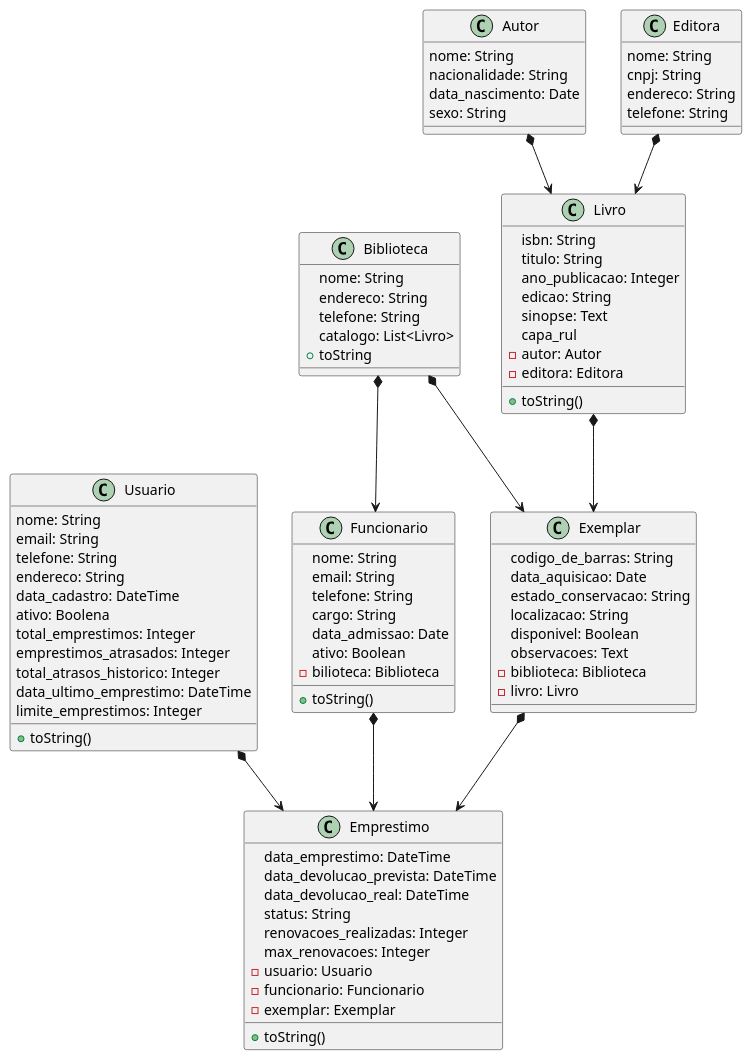
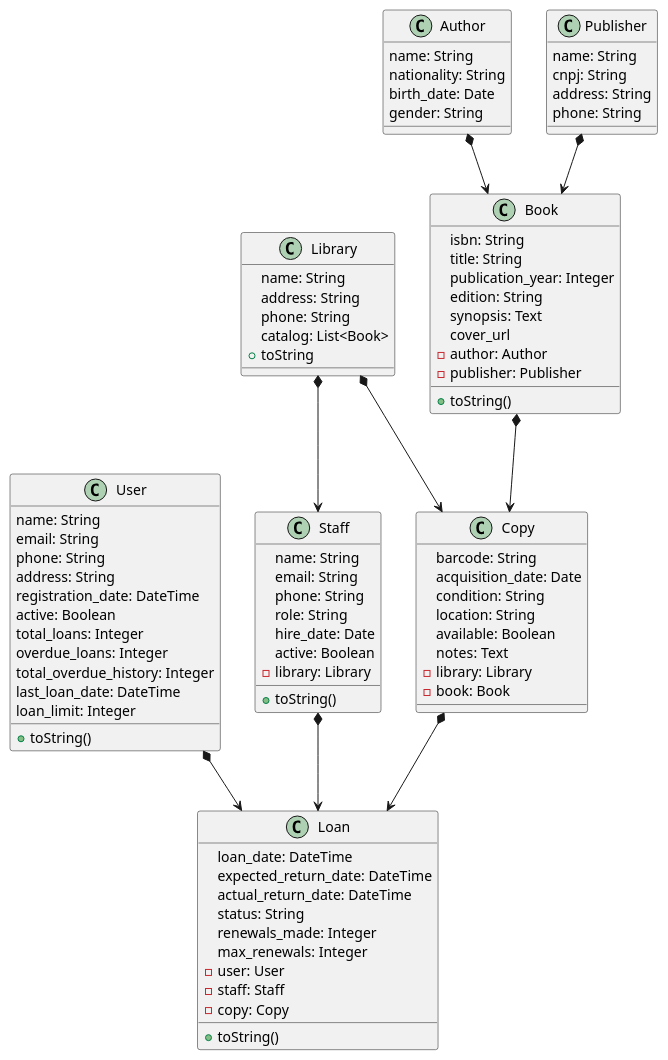
The diagram in README.md (jpgercc/Django-Backend-MTV), drawn with PlantUML before and after one commit.

Commit message:
Update README.md
ADD UML TRANSLATE

````diff
--- a/README.md
+++ b/README.md
@@ -12,93 +12,88 @@
 ```uml
 @startuml
-class Emprestimo {
-data_emprestimo: DateTime
-data_devolucao_prevista: DateTime
-data_devolucao_real: DateTime
+class Loan {
+loan_date: DateTime
+expected_return_date: DateTime
+actual_return_date: DateTime
 status: String
-renovacoes_realizadas: Integer
-max_renovacoes: Integer
--usuario: Usuario
--funcionario: Funcionario
--exemplar: Exemplar
+renewals_made: Integer
+max_renewals: Integer
+-user: User
+-staff: Staff
+-copy: Copy
 +toString()
 }
-class Usuario {
-nome: String
+class User {
+name: String
 email: String
-telefone: String
-endereco: String
-data_cadastro: DateTime
-ativo: Boolena
-total_emprestimos: Integer
-emprestimos_atrasados: Integer
-total_atrasos_historico: Integer
-data_ultimo_emprestimo: DateTime
-limite_emprestimos: Integer
+phone: String
+address: String
+registration_date: DateTime
+active: Boolean
+total_loans: Integer
+overdue_loans: Integer
+total_overdue_history: Integer
+last_loan_date: DateTime
+loan_limit: Integer
 +toString()
 }
-class Funcionario {
-nome: String
+class Staff {
+name: String
 email: String
-telefone: String
-cargo: String
-data_admissao: Date
-ativo: Boolean
--bilioteca: Biblioteca
+phone: String
+role: String
+hire_date: Date
+active: Boolean
+-library: Library
 +toString()
 }
-class Autor {
-nome: String
-nacionalidade: String
-data_nascimento: Date
-sexo: String
+class Author {
+name: String
+nationality: String
+birth_date: Date
+gender: String
 }
-class Editora {
-nome: String
+class Publisher {
+name: String
 cnpj: String
-endereco: String
-telefone: String
+address: String
+phone: String
 }
-class Exemplar {
-codigo_de_barras: String
-data_aquisicao: Date
-estado_conservacao: String
-localizacao: String
-disponivel: Boolean
-observacoes: Text
--biblioteca: Biblioteca
--livro: Livro
+class Copy {
+barcode: String
+acquisition_date: Date
+condition: String
+location: String
+available: Boolean
+notes: Text
+-library: Library
+-book: Book
 }
-class Livro {
+class Book {
 isbn: String
-titulo: String
-ano_publicacao: Integer
-edicao: String
-sinopse: Text
-capa_rul
--autor: Autor
--editora: Editora
+title: String
+publication_year: Integer
+edition: String
+synopsis: Text
+cover_url
+-author: Author
+-publisher: Publisher
 +toString()
 }
-class Biblioteca {
-nome: String
-endereco: String
-telefone: String
-catalogo: List<Livro>
+class Library {
+name: String
+address: String
+phone: String
+catalog: List<Book>
 +toString
 }
-
-Biblioteca *--> Funcionario
-Biblioteca *--> Exemplar
-
-Usuario *--> Emprestimo
-Funcionario *--> Emprestimo
-Exemplar *--> Emprestimo
-
-Livro *--> Exemplar
-
-Autor *--> Livro
-Editora *--> Livro
-
+Library *--> Staff
+Library *--> Copy
+User *--> Loan
+Staff *--> Loan
+Copy *--> Loan
+Book *--> Copy
+Author *--> Book
+Publisher *--> Book
 @enduml
 ```
````
